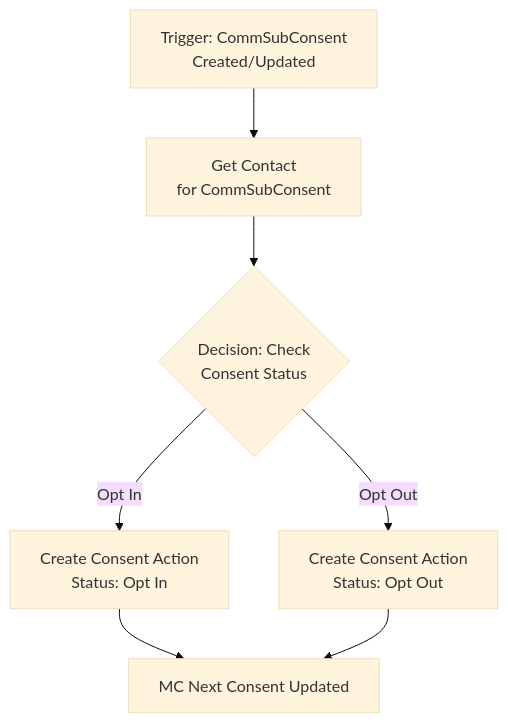
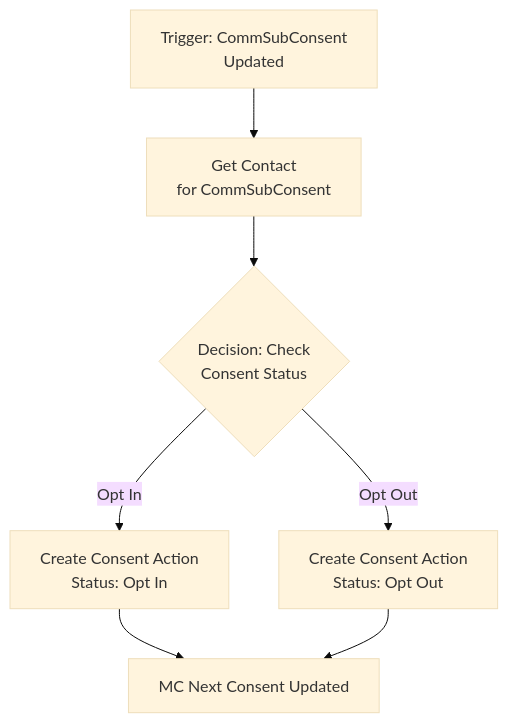
One commit to hipoliciak/modrzejewski_it_website changed the third of 3 diagrams in src/content/blog/how-to-keep-consent-in-sync-between-salesforce-data-360-and-marketing-cloud-next.mdx. Above: the diagram before and after it, drawn with Mermaid (base theme). The commit also changed other lines of this file and 6 other files, not shown here.

````diff
--- a/src/content/blog/how-to-keep-consent-in-sync-between-salesforce-data-360-and-marketing-cloud-next.mdx
+++ b/src/content/blog/how-to-keep-consent-in-sync-between-salesforce-data-360-and-marketing-cloud-next.mdx
@@ -122,14 +129,14 @@
 ```mermaid
 graph TD
     A[Trigger: CommSubConsent
-    Created/Updated] --> B[Get Contact
+    Updated] --> B[Get Contact
     for CommSubConsent]
     B --> C{Decision: Check
     Consent Status}
     C -- Opt In --> D["Create Consent Action
     Status: Opt In"]
     C -- Opt Out --> E["Create Consent Action
     Status: Opt Out"]
     D --> F[MC Next Consent Updated]
     E --> F
 ```
````
